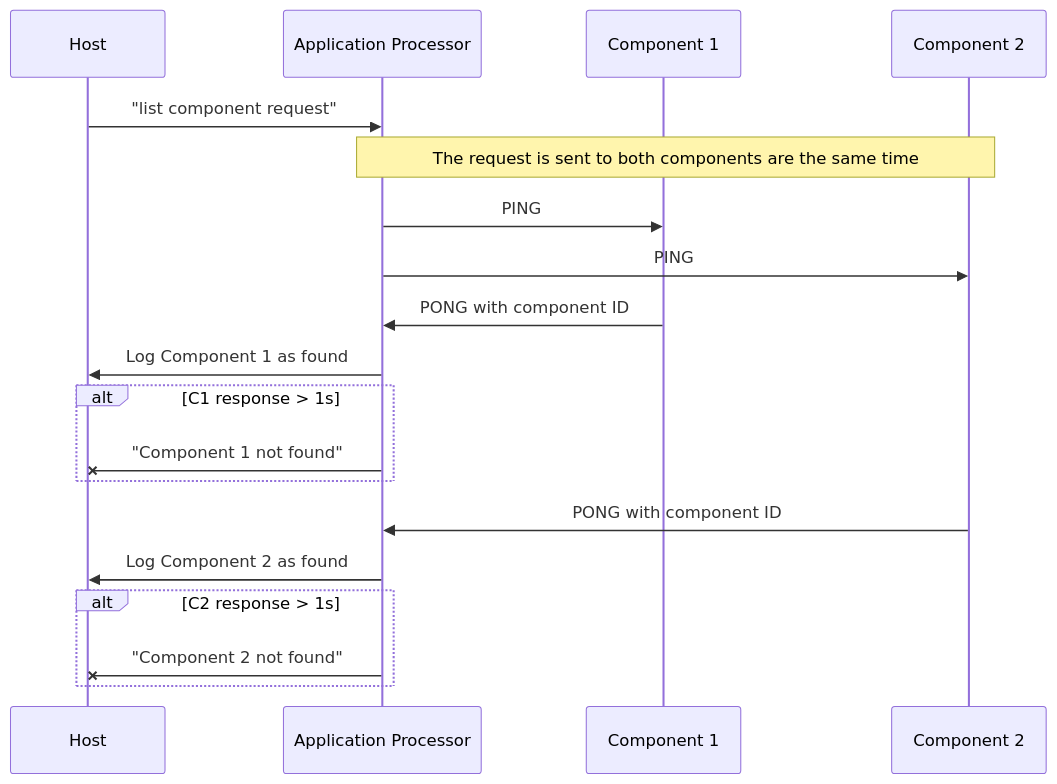
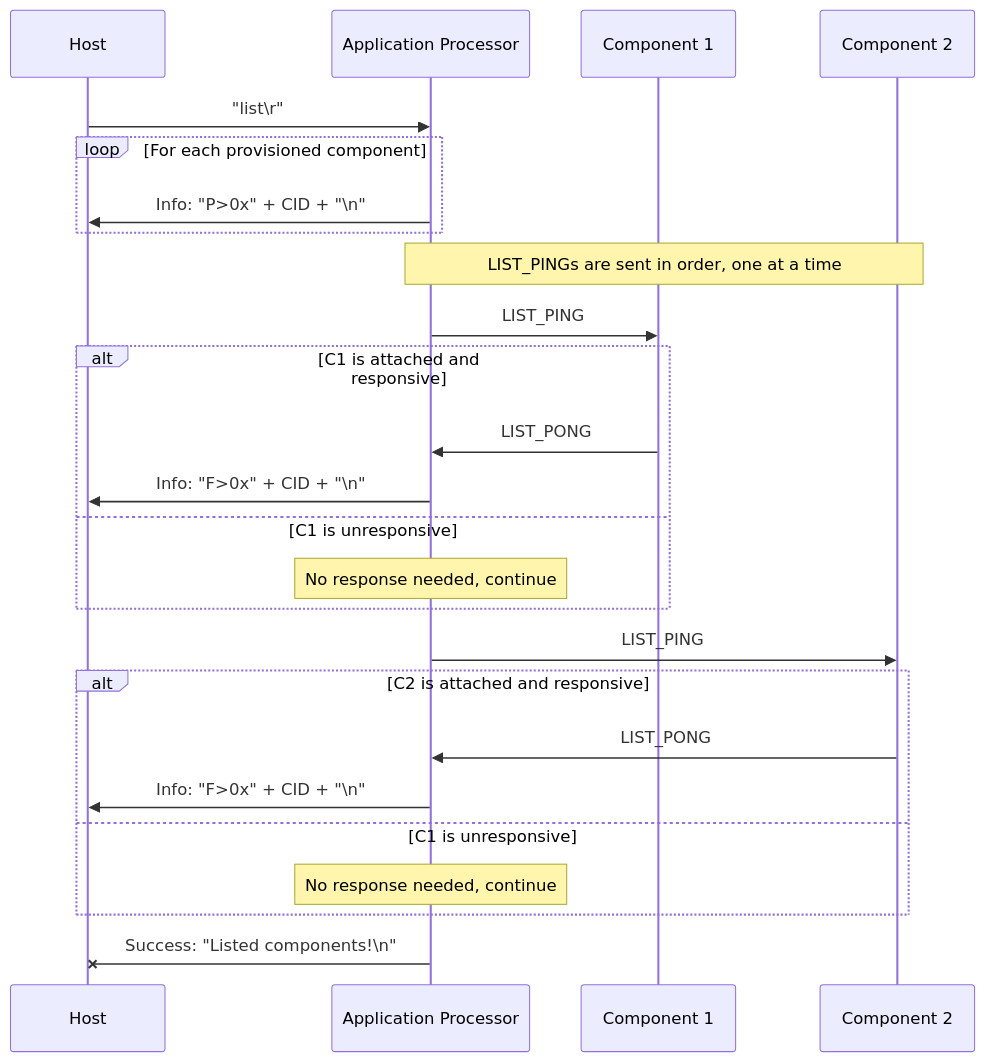
The first of 4 diagrams in docs/misc_protocol.md (sigpwny/2024-ectf-uiuc), drawn with Mermaid before and after one commit. The commit also changed other lines of this file and 2 other files, not shown here.

````diff
--- a/docs/misc_protocol.md
+++ b/docs/misc_protocol.md
@@ -11,21 +14,27 @@
 ```mermaid
 sequenceDiagram
   participant H as Host
   participant AP as Application Processor
   participant C1 as Component 1
   participant C2 as Component 2
-  H ->> AP: "list component request"
-  Note over AP, C2: The request is sent to both components are the same time
-  AP ->> C1: PING
-  AP ->> C2: PING
-  C1 ->> AP: PONG with component ID
-  AP ->> H: Log Component 1 as found
-  alt C1 response > 1s
-    AP -x H: "Component 1 not found"
+  H ->> AP: "list\r"
+  loop For each provisioned component
+    AP ->> H: Info: "P>0x" + CID + "\n"
   end
-  C2 ->> AP: PONG with component ID
-  AP ->> H: Log Component 2 as found
-  alt C2 response > 1s
-    AP -x H: "Component 2 not found"
+  Note over AP, C2: LIST_PINGs are sent in order, one at a time
+  AP ->> C1: LIST_PING
+  alt C1 is attached and responsive
+    C1 ->> AP: LIST_PONG
+    AP ->> H: Info: "F>0x" + CID + "\n"
+  else C1 is unresponsive
+    Note over AP: No response needed, continue
   end
+  AP ->> C2: LIST_PING
+  alt C2 is attached and responsive
+    C2 ->> AP: LIST_PONG
+    AP ->> H: Info: "F>0x" + CID + "\n"
+  else C1 is unresponsive
+    Note over AP: No response needed, continue
+  end
+  AP -x H: Success: "Listed components!\n"
 ```
````
